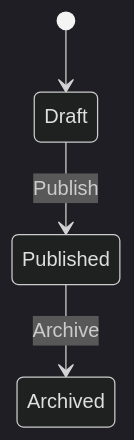
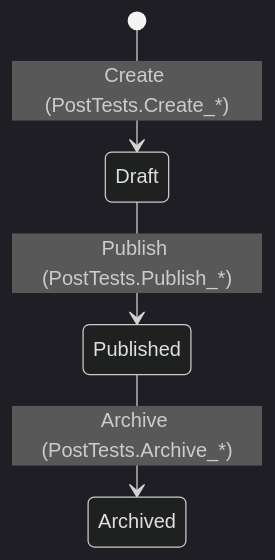
Before and after one commit to Litenova-Solutions/Engineering-Standards: the diagram in docs/templates/domain-feature.md, drawn with Mermaid (dark theme). The commit also changed other lines of this file and 21 other files, not shown here.

````diff
--- a/docs/templates/domain-feature.md
+++ b/docs/templates/domain-feature.md
@@ -27,6 +29,6 @@
 ```mermaid
 stateDiagram-v2
-    [*] --> Draft
-    Draft --> Published: Publish
-    Published --> Archived: Archive
+    [*] --> Draft : Create (PostTests.Create_*)
+    Draft --> Published : Publish (PostTests.Publish_*)
+    Published --> Archived : Archive (PostTests.Archive_*)
 ```
````
